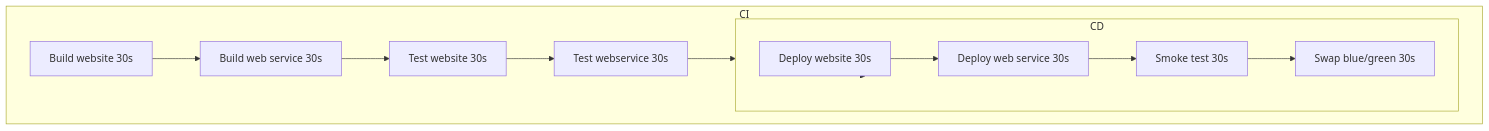
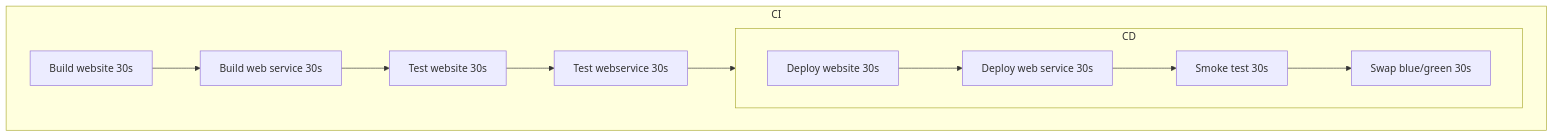
One commit to samsmithnz/ParallelPipelinesDemo changed the first of 2 diagrams in README.md. Above: the diagram before and after it, drawn with Mermaid.

````diff
--- a/README.md
+++ b/README.md
@@ -5,9 +5,9 @@
 ```mermaid
   graph TD;
       subgraph CI
         buildweb[Build website 30s]-->buildwebservice[Build web service 30s]-->testWebsite[Test website 30s]-->testsWebservice[Test webservice 30s]-->CD;
       end
       subgraph CD
-        CD-->deployWebsite[Deploy website 30s]-->deployWebService[Deploy web service 30s]-->smoke[Smoke test 30s]-->swap[Swap blue/green 30s];
+        deployWebsite[Deploy website 30s]-->deployWebService[Deploy web service 30s]-->smoke[Smoke test 30s]-->swap[Swap blue/green 30s];
       end
 ```
````
